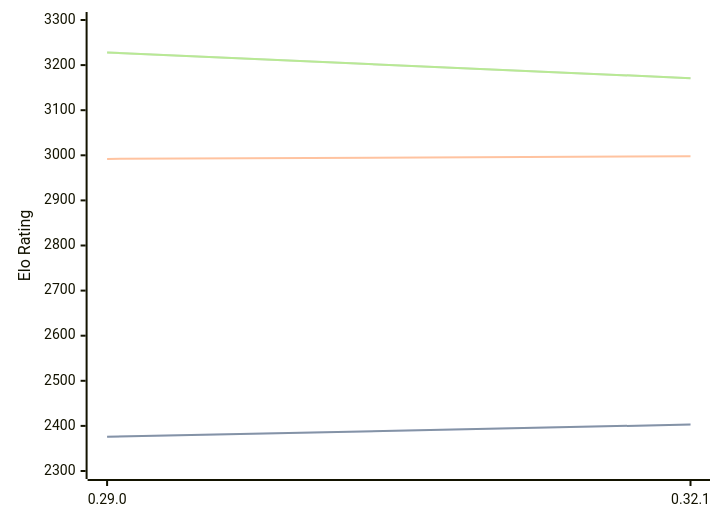
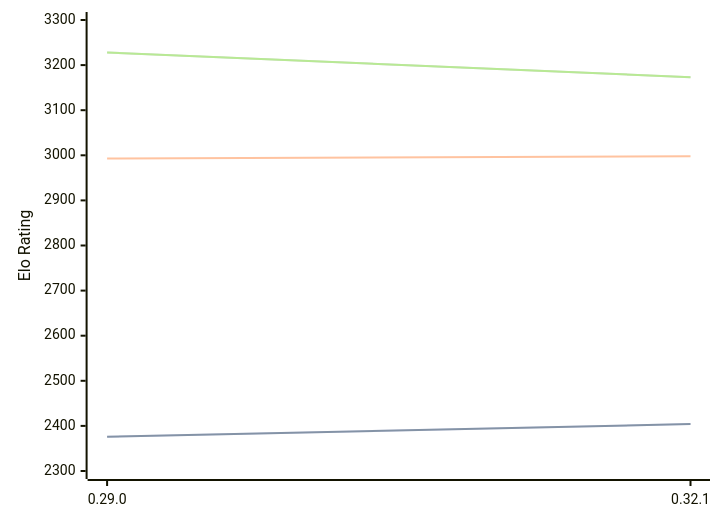
One commit to computer-chess-index/cci changed the diagram in engines/Lc0.md. Above: the diagram before and after it, drawn with Mermaid. The commit also changed other lines of this file, not shown here.

Commit message:
Update CCI Ratings (ELO VLTC) - 2026-08-26

````diff
--- a/engines/Lc0.md
+++ b/engines/Lc0.md
@@ -32,11 +32,11 @@
 ```mermaid
 %%{init: {"theme":"base","themeVariables":{"seriesColors:['#a3a3a3','#222221','#faa371']}}}%%
 xychart-beta
   x-axis ["0.29.0", "0.32.1"]
   y-axis "Elo Rating" 2300 --> 3300
-  line "STC (8.0+0.08s)" [2376, 2403]
-  line "STC (8.0+0.08s)" [2376, 2403]
-  line "LTC (60.0+0.60s)" [2992, 2998]
-  line "VLTC (2m24s+1.12s)" [3228, 3171]
-  line "VLTC (2m24s+1.12s)" [3228, 3171]
+  line "STC (8.0+0.08s)" [2376, 2404]
+  line "STC (8.0+0.08s)" [2376, 2404]
+  line "LTC (60.0+0.60s)" [2993, 2998]
+  line "VLTC (2m24s+1.12s)" [3228, 3173]
+  line "VLTC (2m24s+1.12s)" [3228, 3173]
 ```
````
